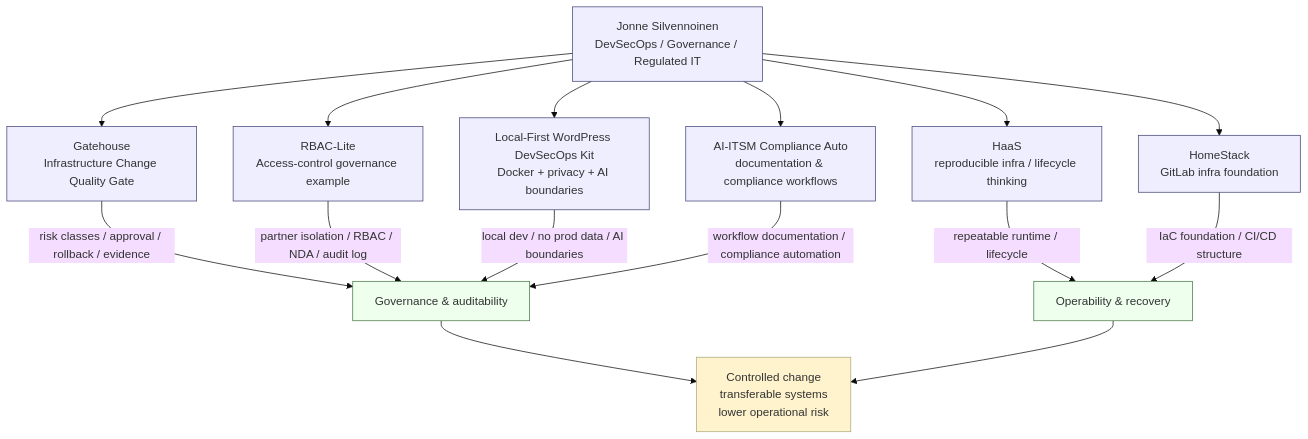
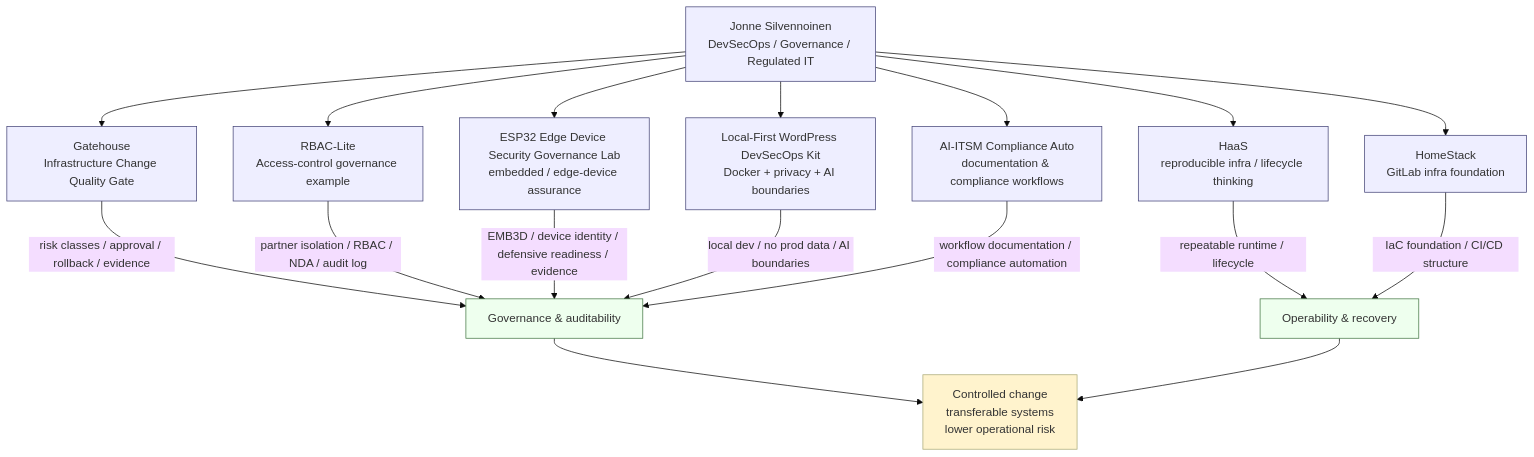
The diagram in README.md (Jonnenpijonne/Jonnenpijonne), drawn with Mermaid (base theme) before and after one commit. The commit also changed other lines of this file, not shown here.

Commit message:
Add ESP32 edge device governance lab to portfolio README

````diff
--- a/README.md
+++ b/README.md
@@ -55,36 +55,39 @@
 ```mermaid
 flowchart TB
     ME["Jonne Silvennoinen<br/>DevSecOps / Governance / Regulated IT"]
 
     GH["Gatehouse<br/>Infrastructure Change Quality Gate"]
     RBAC["RBAC-Lite<br/>Access-control governance example"]
+    ESP32["ESP32 Edge Device Security Governance Lab<br/>embedded / edge-device assurance"]
     LOCAL["Local-First WordPress DevSecOps Kit<br/>Docker + privacy + AI boundaries"]
     ITSM["AI-ITSM Compliance Auto<br/>documentation & compliance workflows"]
     HAAS["HaaS<br/>reproducible infra / lifecycle thinking"]
     HOMESTACK["HomeStack<br/>GitLab infra foundation"]
 
     ME --> GH
     ME --> RBAC
+    ME --> ESP32
     ME --> LOCAL
     ME --> ITSM
     ME --> HAAS
     ME --> HOMESTACK
 
     GH -->|"risk classes / approval / rollback / evidence"| GOV["Governance & auditability"]
     RBAC -->|"partner isolation / RBAC / NDA / audit log"| GOV
+    ESP32 -->|"EMB3D / device identity / defensive readiness / evidence"| GOV
     LOCAL -->|"local dev / no prod data / AI boundaries"| GOV
     ITSM -->|"workflow documentation / compliance automation"| GOV
     HAAS -->|"repeatable runtime / lifecycle"| OPS["Operability & recovery"]
     HOMESTACK -->|"IaC foundation / CI/CD structure"| OPS
 
     GOV --> VALUE["Controlled change<br/>transferable systems<br/>lower operational risk"]
     OPS --> VALUE
 
     classDef core fill:#eef,stroke:#447,stroke-width:1px;
     classDef gov fill:#efe,stroke:#474,stroke-width:1px;
     classDef value fill:#fff3cd,stroke:#aa7,stroke-width:1px;
 
-    class ME,GH,RBAC,LOCAL,ITSM,HAAS,HOMESTACK core;
+    class ME,GH,RBAC,ESP32,LOCAL,ITSM,HAAS,HOMESTACK core;
     class GOV,OPS gov;
     class VALUE value;
 ```
````
